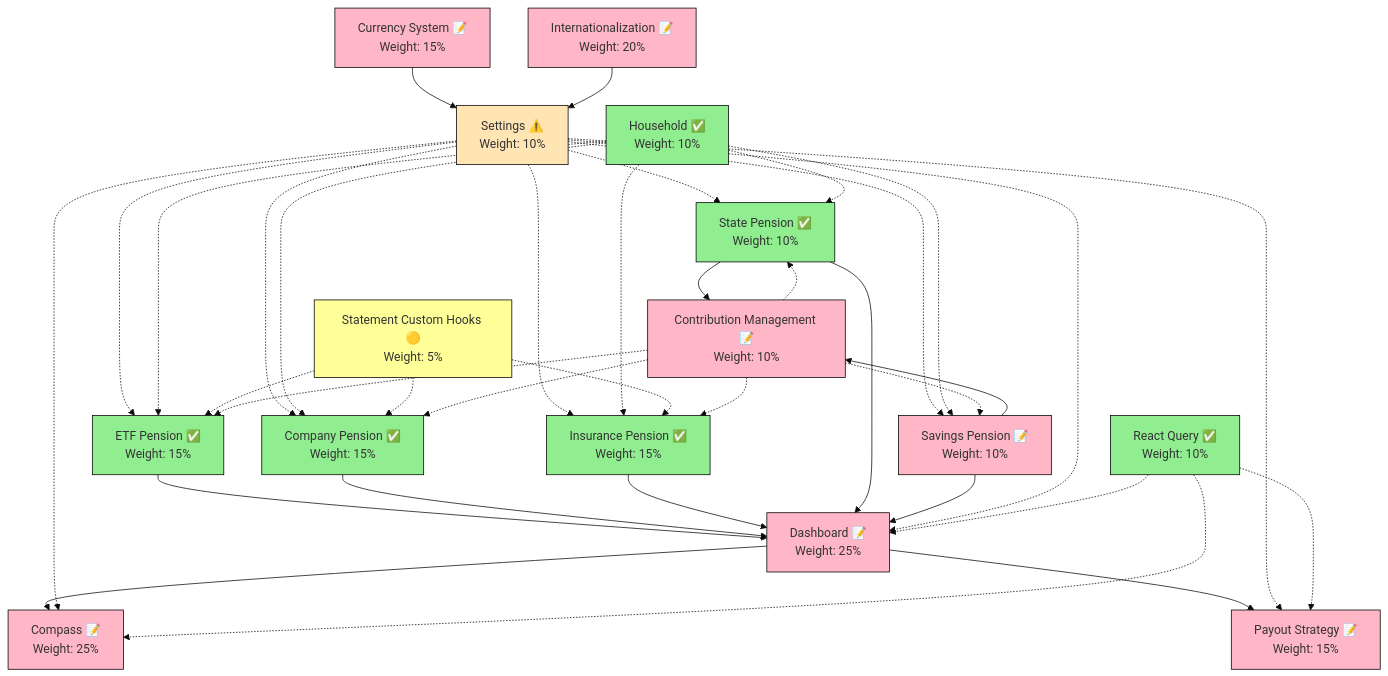
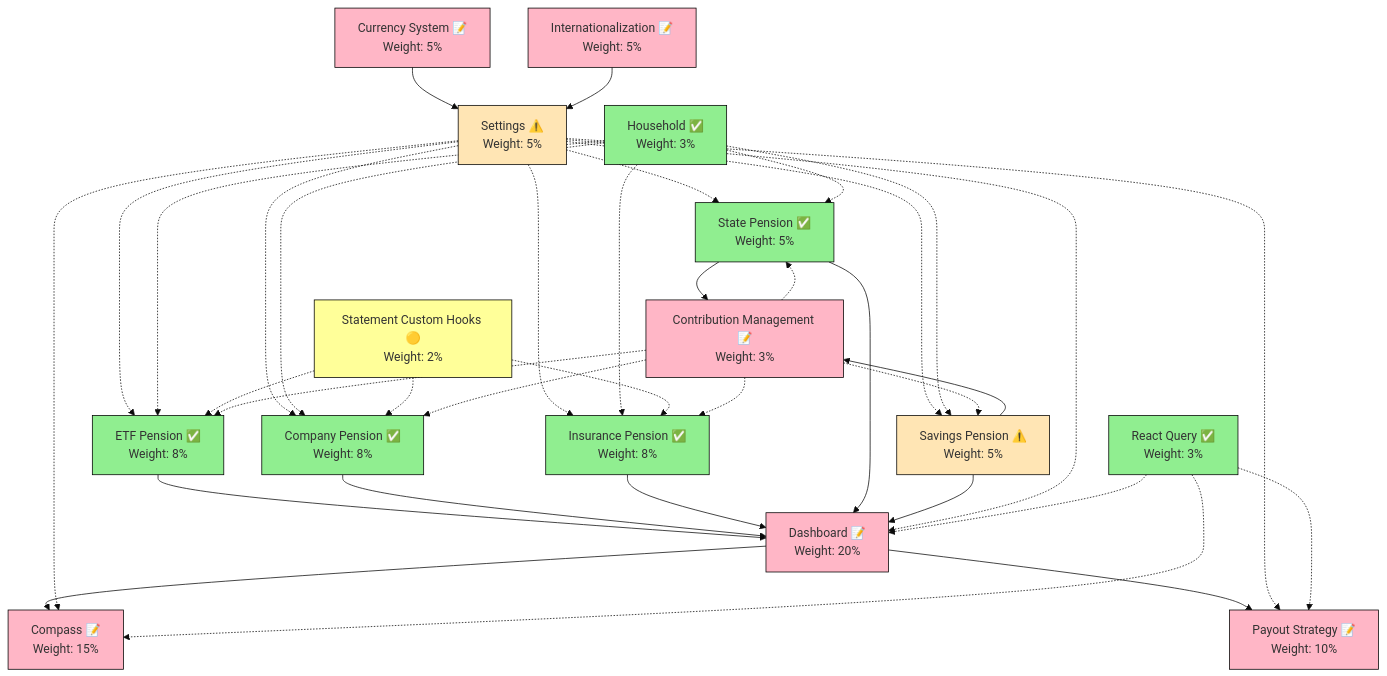
Before and after one commit to my-axel/goldfinch: the first of 2 diagrams in PROGRESS.md, drawn with Mermaid (base theme). The commit also changed other lines of this file and 1 other file, not shown here.

Commit message:
Update PROGRESS.md and Remove Savings Pension Backend Implementation Plan
- Update the last modified date in PROGRESS.md to reflect the current status of the project.
- Revise the progress calculation section to include module weights and their impact on overall progress.
- Add details about the ongoing Savings Pension frontend implementation and its current status.
- Remove the outdated Savings Pension backend implementation plan document as it is no longer needed.
- Adjust the implementation status to indicate the Savings Pension is partially complete, with the backend implemented and the frontend in progress.
- Ensure all related documentation links are current and accurately represent the project's status.

````diff
--- a/PROGRESS.md
+++ b/PROGRESS.md
@@ -151,63 +158,63 @@
 ```mermaid
 graph TD
     %% Core Modules
-    ETF[ETF Pension ✅<br/>Weight: 15%] --> D
-    CP[Company Pension ✅<br/>Weight: 15%] --> D
-    IP[Insurance Pension ✅<br/>Weight: 15%] --> D
-    SP[State Pension ✅<br/>Weight: 10%] --> D
-    SVP[Savings Pension 📝<br/>Weight: 10%] --> D
-    D[Dashboard 📝<br/>Weight: 25%] --> C
+    ETF[ETF Pension ✅<br/>Weight: 8%] --> D
+    CP[Company Pension ✅<br/>Weight: 8%] --> D
+    IP[Insurance Pension ✅<br/>Weight: 8%] --> D
+    SP[State Pension ✅<br/>Weight: 5%] --> D
+    SVP[Savings Pension ⚠️<br/>Weight: 5%] --> D
+    D[Dashboard 📝<br/>Weight: 20%] --> C
     D --> PS
     
     %% Dependent Modules
-    C[Compass 📝<br/>Weight: 25%]
-    PS[Payout Strategy 📝<br/>Weight: 15%]
+    C[Compass 📝<br/>Weight: 15%]
+    PS[Payout Strategy 📝<br/>Weight: 10%]
     
     %% Cross-Cutting Features
-    CS[Currency System 📝<br/>Weight: 15%] --> S
-    I18n[Internationalization 📝<br/>Weight: 20%] --> S
+    CS[Currency System 📝<br/>Weight: 5%] --> S
+    I18n[Internationalization 📝<br/>Weight: 5%] --> S
     
     %% Settings affects all modules
-    S[Settings ⚠️<br/>Weight: 10%] -.-> ETF
+    S[Settings ⚠️<br/>Weight: 5%] -.-> ETF
     S -.-> CP
     S -.-> IP
     S -.-> SP
     S -.-> SVP
     S -.-> D
     S -.-> C
     S -.-> PS
     
     %% Household integration
-    H[Household ✅<br/>Weight: 10%] -.-> ETF
+    H[Household ✅<br/>Weight: 3%] -.-> ETF
     H -.-> CP
     H -.-> IP
     H -.-> SP
     H -.-> SVP
     
     %% Technical Improvements
-    SCH[Statement Custom Hooks 🟡<br/>Weight: 5%] -.-> ETF
+    SCH[Statement Custom Hooks 🟡<br/>Weight: 2%] -.-> ETF
     SCH -.-> CP
     SCH -.-> IP
-    RQ[React Query ✅<br/>Weight: 10%] -.-> D
+    RQ[React Query ✅<br/>Weight: 3%] -.-> D
     RQ -.-> C
     RQ -.-> PS
-    CM[Contribution Management 📝<br/>Weight: 10%] -.-> ETF
+    CM[Contribution Management 📝<br/>Weight: 3%] -.-> ETF
     CM -.-> CP
     CM -.-> IP
     CM -.-> SP
     CM -.-> SVP
     
     %% Dependencies for Contribution Management
     SP --> CM
     SVP --> CM
     
     %% Styling
     classDef complete fill:#90EE90,stroke:#000
     classDef partial fill:#FFE5B4,stroke:#000
     classDef notStarted fill:#FFB6C6,stroke:#000
     classDef inProgress fill:#FFFF99,stroke:#000
     class ETF,H,CP,IP,SP,RQ complete
-    class S partial
-    class SVP,CS,I18n,D,C,PS,CM notStarted
+    class S,SVP partial
+    class CS,I18n,D,C,PS,CM notStarted
     class SCH inProgress
 ```
````
